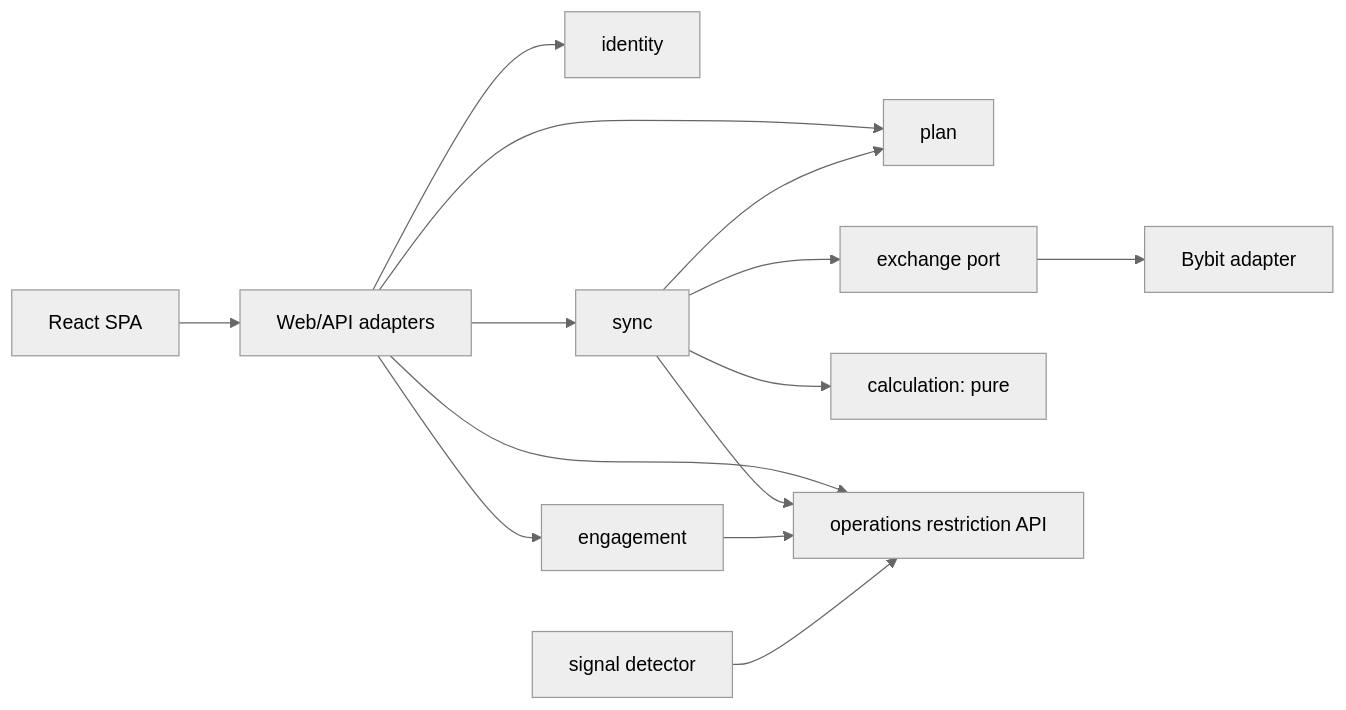
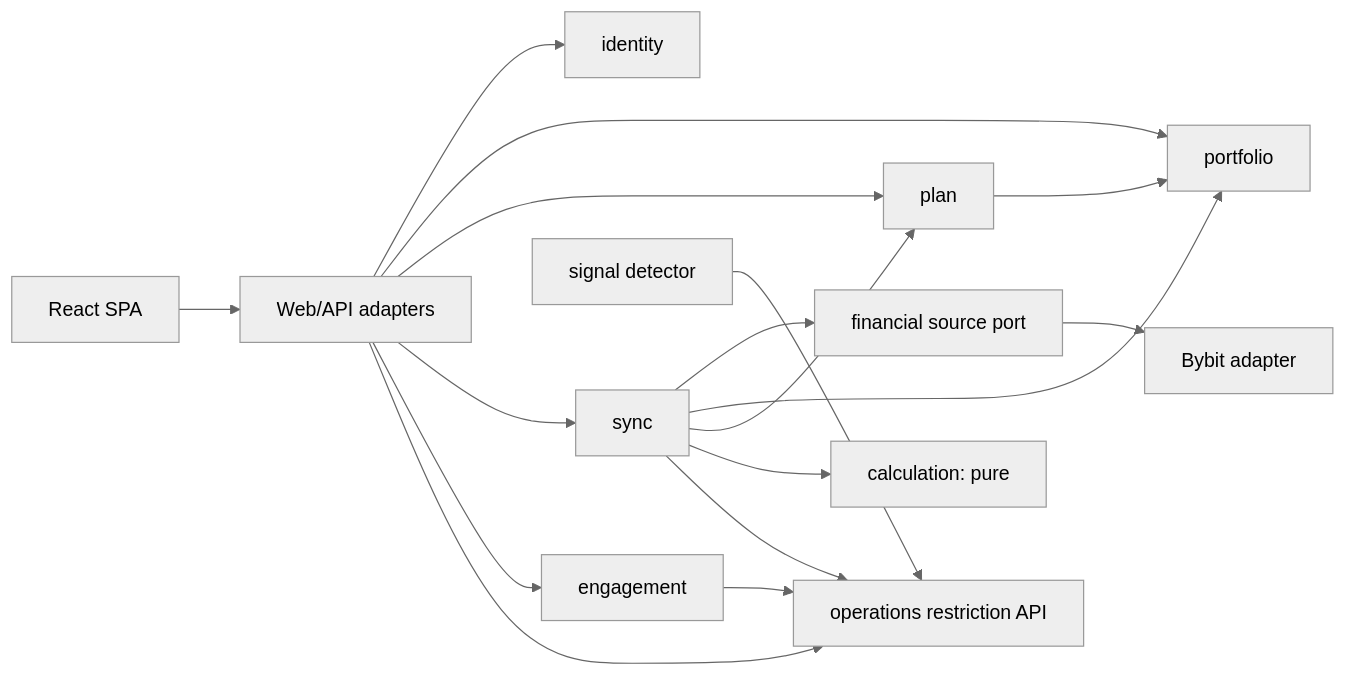
Before and after one commit to sh-9610/BokriLog: the first of 3 diagrams in _bmad-output/planning-artifacts/architecture/architecture-BokriLog-2026-08-24/ARCHITECTURE-SPINE.md, drawn with Mermaid (neutral theme). The commit also changed other lines of this file and 9 other files, not shown here.

````diff
--- a/_bmad-output/planning-artifacts/architecture/architecture-BokriLog-2026-08-24/ARCHITECTURE-SPINE.md
+++ b/_bmad-output/planning-artifacts/architecture/architecture-BokriLog-2026-08-24/ARCHITECTURE-SPINE.md
@@ -28,16 +29,19 @@
 ```mermaid
 flowchart LR
   UI[React SPA] --> API[Web/API adapters]
   API --> ID[identity]
+  API --> PORT[portfolio]
   API --> PLAN[plan]
   API --> SYNC[sync]
   API --> ENG[engagement]
-  SYNC --> EX[exchange port]
+  SYNC --> SRC[financial source port]
+  SYNC --> PORT
   SYNC --> PLAN
   SYNC --> CALC[calculation: pure]
-  EX --> BYBIT[Bybit adapter]
+  PLAN --> PORT
+  SRC --> BYBIT[Bybit adapter]
   API --> OPS[operations restriction API]
   SYNC --> OPS
   ENG --> OPS
   DET[signal detector] --> OPS
 ```
````
